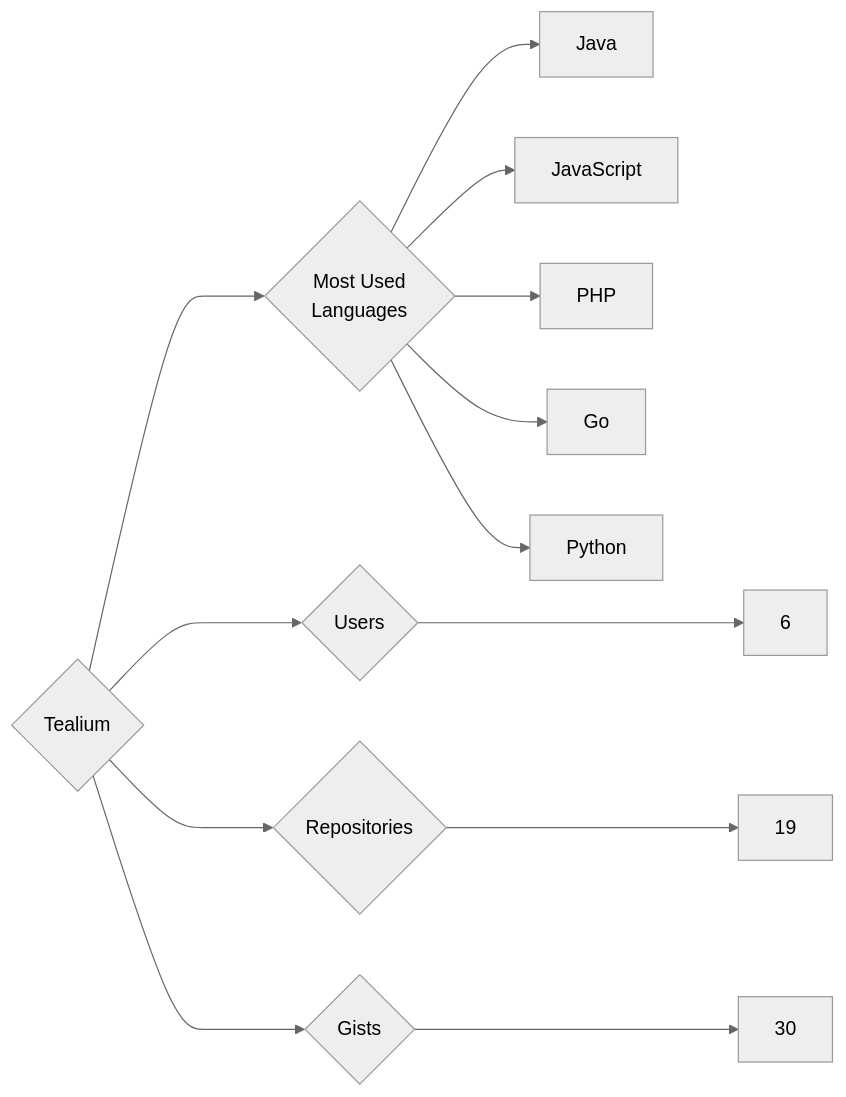
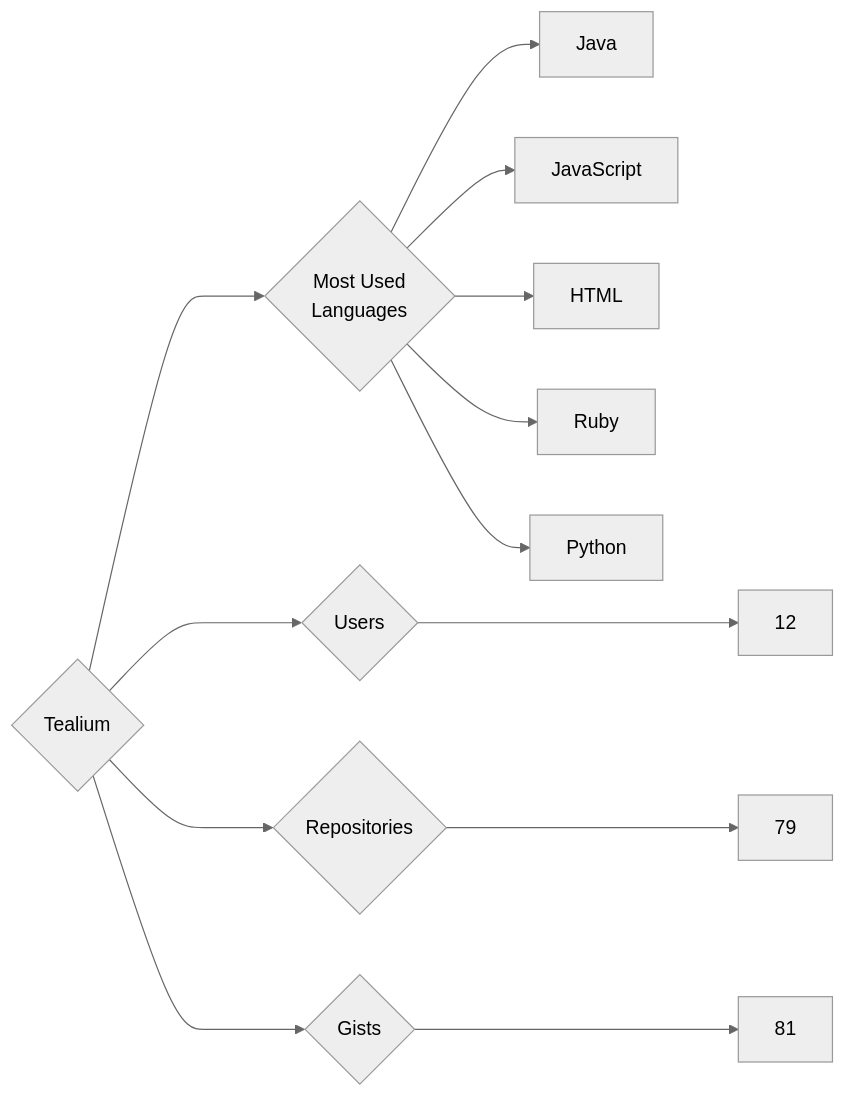
The diagram in targets/Tealium/README.md (trickest/insiders), drawn with Mermaid (neutral theme) before and after one commit. The commit also changed 928 other files, not shown here.

````diff
--- a/targets/Tealium/README.md
+++ b/targets/Tealium/README.md
@@ -3,13 +3,13 @@
 ```mermaid
 graph LR
 COMPANY_NAME{Tealium}
-COMPANY_NAME ---> U{Users} ---> UN[6]
-COMPANY_NAME ---> R{Repositories} ---> RN[19]
-COMPANY_NAME ---> G{Gists} ---> GN[30]
+COMPANY_NAME ---> U{Users} ---> UN[12]
+COMPANY_NAME ---> R{Repositories} ---> RN[79]
+COMPANY_NAME ---> G{Gists} ---> GN[81]
 COMPANY_NAME ---> ML{Most Used<br>Languages}
 ML --> Java[Java]
 ML --> JavaScript[JavaScript]
-ML --> PHP[PHP]
-ML --> Go[Go]
+ML --> HTML[HTML]
+ML --> Ruby[Ruby]
 ML --> Python[Python]
 ```
````
